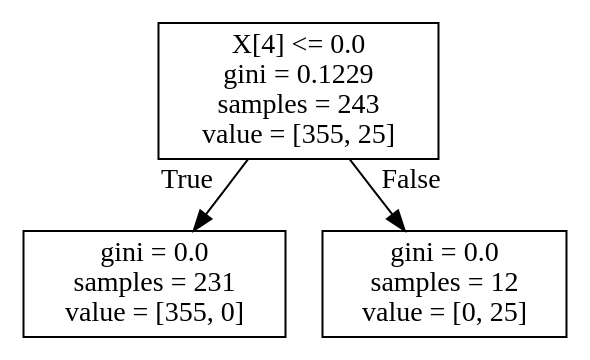
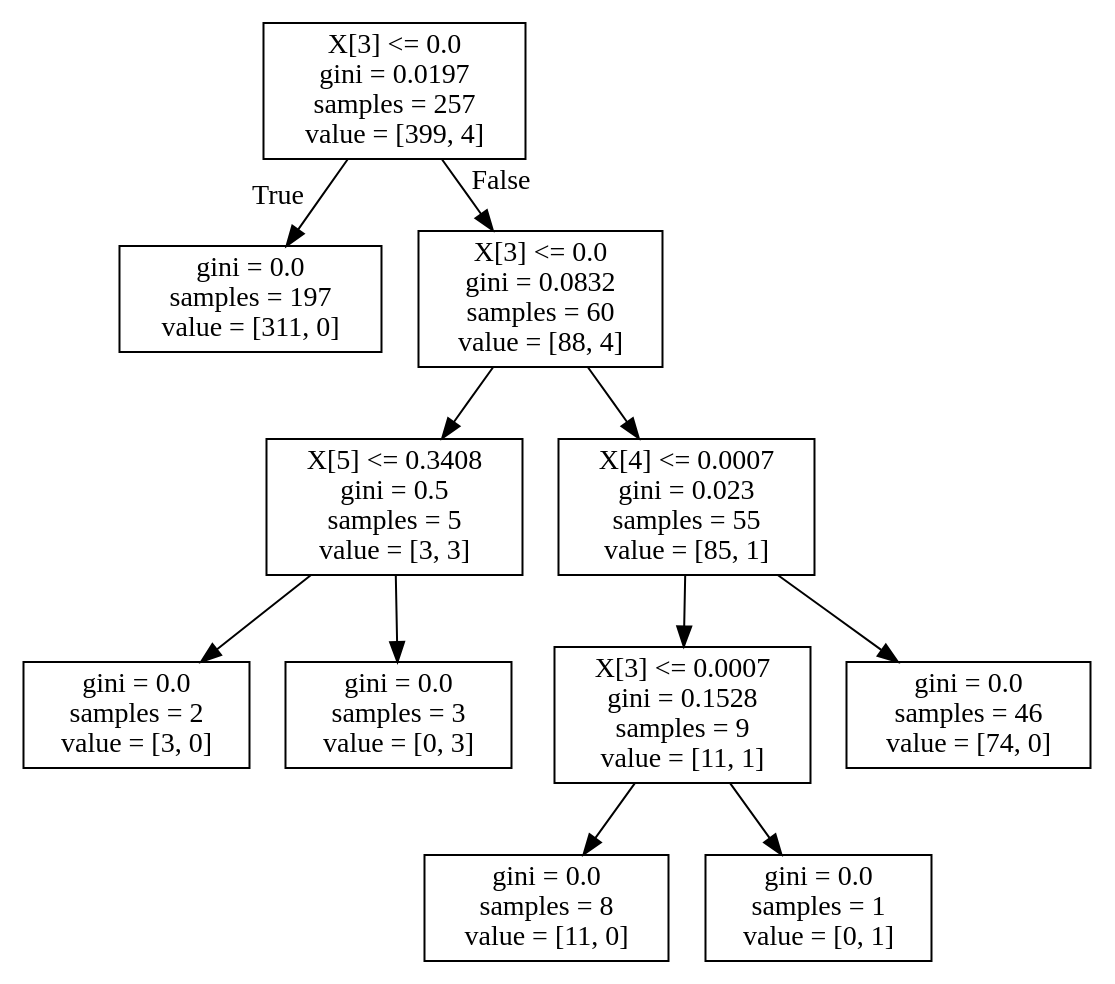
The diagram in 5.dot (imwack/facebook), drawn with Graphviz before and after one commit. The commit also changed 18 other files, not shown here.

```diff
--- a/5.dot
+++ b/5.dot
@@ -1,8 +1,24 @@
 digraph Tree {
 node [shape=box] ;
-0 [label="X[4] <= 0.0\ngini = 0.1229\nsamples = 243\nvalue = [355, 25]"] ;
-1 [label="gini = 0.0\nsamples = 231\nvalue = [355, 0]"] ;
+0 [label="X[3] <= 0.0\ngini = 0.0197\nsamples = 257\nvalue = [399, 4]"] ;
+1 [label="gini = 0.0\nsamples = 197\nvalue = [311, 0]"] ;
 0 -> 1 [labeldistance=2.5, labelangle=45, headlabel="True"] ;
-2 [label="gini = 0.0\nsamples = 12\nvalue = [0, 25]"] ;
+2 [label="X[3] <= 0.0\ngini = 0.0832\nsamples = 60\nvalue = [88, 4]"] ;
 0 -> 2 [labeldistance=2.5, labelangle=-45, headlabel="False"] ;
+3 [label="X[5] <= 0.3408\ngini = 0.5\nsamples = 5\nvalue = [3, 3]"] ;
+2 -> 3 ;
+4 [label="gini = 0.0\nsamples = 2\nvalue = [3, 0]"] ;
+3 -> 4 ;
+5 [label="gini = 0.0\nsamples = 3\nvalue = [0, 3]"] ;
+3 -> 5 ;
+6 [label="X[4] <= 0.0007\ngini = 0.023\nsamples = 55\nvalue = [85, 1]"] ;
+2 -> 6 ;
+7 [label="X[3] <= 0.0007\ngini = 0.1528\nsamples = 9\nvalue = [11, 1]"] ;
+6 -> 7 ;
+8 [label="gini = 0.0\nsamples = 8\nvalue = [11, 0]"] ;
+7 -> 8 ;
+9 [label="gini = 0.0\nsamples = 1\nvalue = [0, 1]"] ;
+7 -> 9 ;
+10 [label="gini = 0.0\nsamples = 46\nvalue = [74, 0]"] ;
+6 -> 10 ;
 }
```
